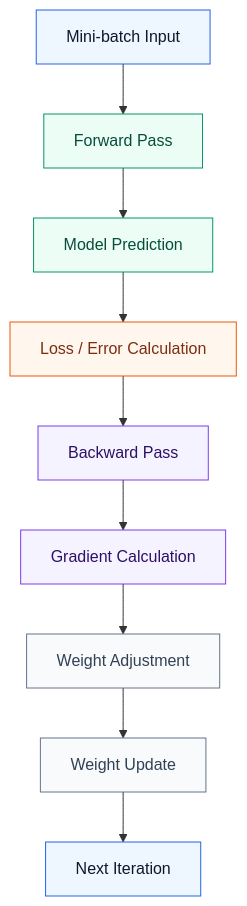
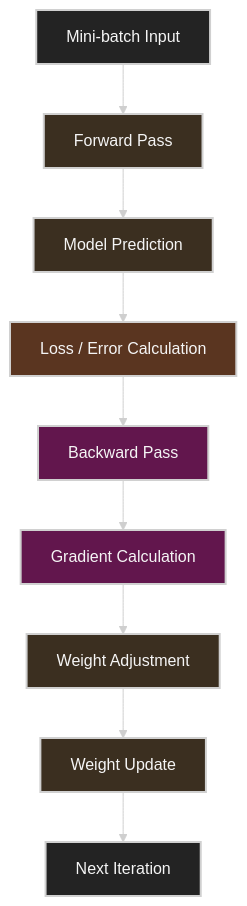
The fourth of 12 diagrams in deep-learning-for-network-engineers/week01/README.md (ziwon/ai-data-center-network), drawn with Mermaid before and after one commit. The commit also changed other lines of this file and 35 other files, not shown here.

Commit message:
docs(mermaid): apply dark diagram style

````diff
--- a/deep-learning-for-network-engineers/week01/README.md
+++ b/deep-learning-for-network-engineers/week01/README.md
@@ -163,17 +166,18 @@
 ```mermaid
+%%{init: {"theme": "base", "themeVariables": {"background": "#171717", "primaryColor": "#232323", "primaryTextColor": "#f5f5f5", "primaryBorderColor": "#d0d0d0", "lineColor": "#cfcfcf", "fontFamily": "Inter, Arial, sans-serif"}}}%%
 flowchart TD
-    classDef input fill:#eef6ff,stroke:#2563eb,color:#0f172a
-    classDef forward fill:#ecfdf5,stroke:#059669,color:#064e3b
-    classDef loss fill:#fff7ed,stroke:#ea580c,color:#7c2d12
-    classDef backward fill:#f5f3ff,stroke:#7c3aed,color:#2e1065
-    classDef update fill:#f8fafc,stroke:#64748b,color:#334155
+    classDef input fill:#232323,stroke:#d0d0d0,color:#f5f5f5,stroke-width:2px;
+    classDef forward fill:#3b2f20,stroke:#d0d0d0,color:#f5f5f5,stroke-width:2px;
+    classDef loss fill:#5a3520,stroke:#d0d0d0,color:#f5f5f5,stroke-width:2px;
+    classDef backward fill:#62164d,stroke:#d0d0d0,color:#f5f5f5,stroke-width:2px;
+    classDef update fill:#3b2f20,stroke:#d0d0d0,color:#f5f5f5,stroke-width:2px;
 
     A[Mini-batch Input]:::input --> B[Forward Pass]:::forward
     B --> C[Model Prediction]:::forward
     C --> D[Loss / Error Calculation]:::loss
     D --> E[Backward Pass]:::backward
     E --> F[Gradient Calculation]:::backward
     F --> G[Weight Adjustment]:::update
     G --> H[Weight Update]:::update
     H --> I[Next Iteration]:::input
 ```
````
